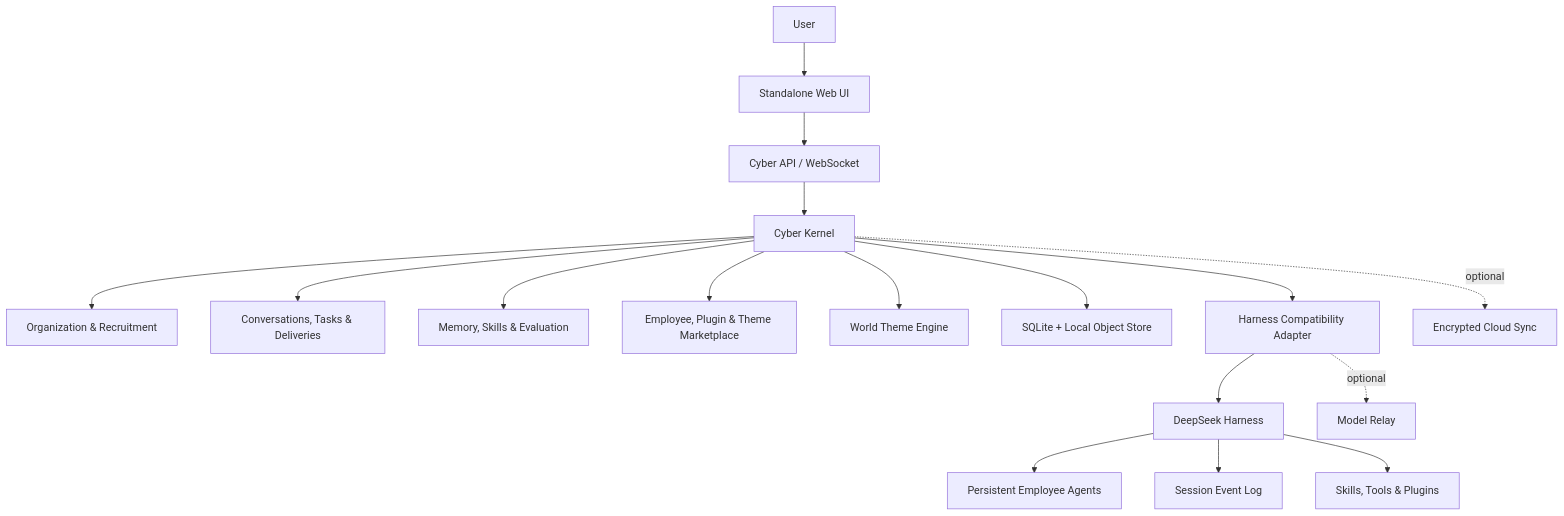
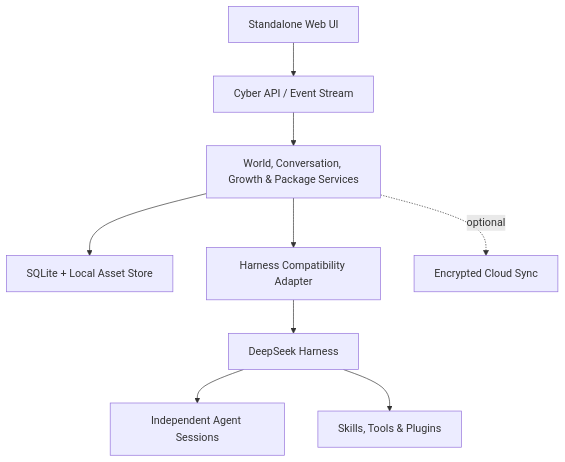
One commit to cyber-ai-agent/dsh-cyber changed the diagram in README.md. Above: the diagram before and after it, drawn with Mermaid. The commit also changed other lines of this file and 75 other files, not shown here.

Commit message:
feat: build local-first multi-agent workspace

````diff
--- a/README.md
+++ b/README.md
@@ -69,22 +87,11 @@
 ```mermaid
 flowchart TB
-  User["User"] --> Web["Standalone Web UI"]
-  Web --> API["Cyber API / WebSocket"]
-
-  API --> Kernel["Cyber Kernel"]
-  Kernel --> Org["Organization & Recruitment"]
-  Kernel --> Work["Conversations, Tasks & Deliveries"]
-  Kernel --> Growth["Memory, Skills & Evaluation"]
-  Kernel --> Market["Employee, Plugin & Theme Marketplace"]
-  Kernel --> Themes["World Theme Engine"]
-  Kernel --> Data["SQLite + Local Object Store"]
-
+  UI["Standalone Web UI"] --> API["Cyber API / Event Stream"]
+  API --> Kernel["World, Conversation, Growth & Package Services"]
+  Kernel --> Store["SQLite + Local Asset Store"]
   Kernel --> Adapter["Harness Compatibility Adapter"]
   Adapter --> DSH["DeepSeek Harness"]
-  DSH --> Agents["Persistent Employee Agents"]
-  DSH --> Sessions["Session Event Log"]
-  DSH --> Tools["Skills, Tools & Plugins"]
-
+  DSH --> Agents["Independent Agent Sessions"]
+  DSH --> Plugins["Skills, Tools & Plugins"]
   Kernel -. optional .-> Sync["Encrypted Cloud Sync"]
-  Adapter -. optional .-> Gateway["Model Relay"]
 ```
````
